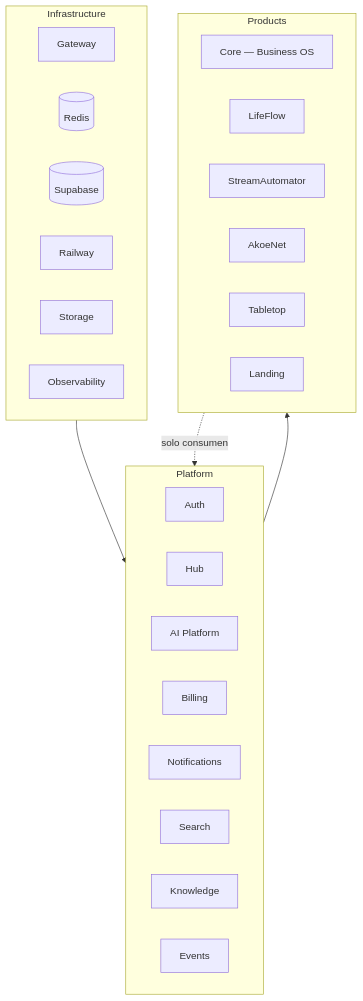
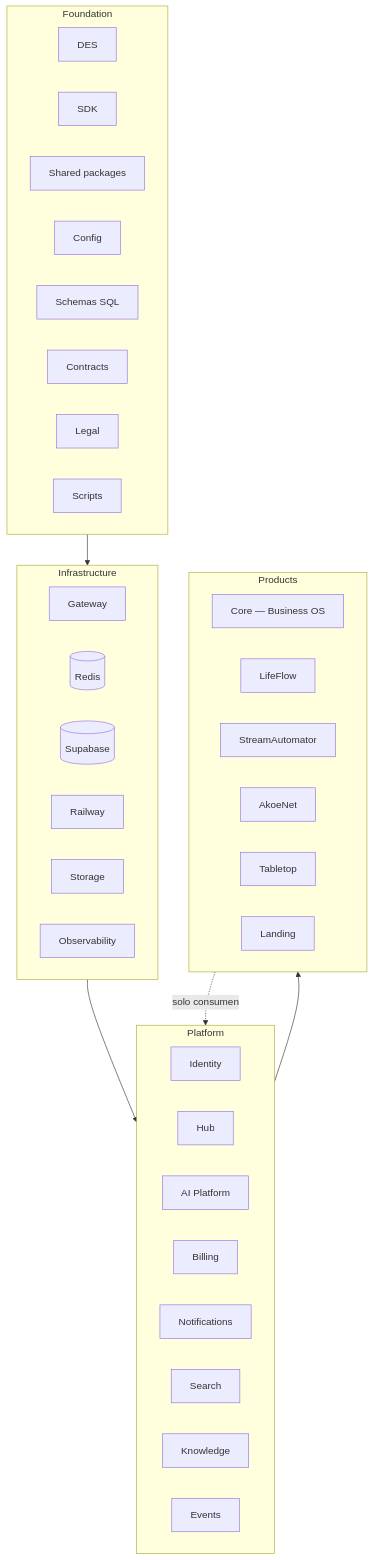
Before and after one commit to dakinissystems/dakinis-systems: the first of 2 diagrams in docs/PLATFORM-STATUS.md, drawn with Mermaid. The commit also changed other lines of this file and 10 other files, not shown here.

Commit message:
docs(platform): update platform status and architecture records

````diff
--- a/docs/PLATFORM-STATUS.md
+++ b/docs/PLATFORM-STATUS.md
@@ -40,35 +55,47 @@
 ```mermaid
 flowchart TB
+  subgraph foundation [Foundation]
+    DES[DES]
+    SDK[SDK]
+    SHARED[Shared packages]
+    CFG[Config]
+    SCH[Schemas SQL]
+    CTR[Contracts]
+    LEG[Legal]
+    SCR[Scripts]
+  end
+
   subgraph infra [Infrastructure]
     GW[Gateway]
     REDIS[(Redis)]
     SB[(Supabase)]
     RAIL[Railway]
     STOR[Storage]
     OBS[Observability]
   end
 
   subgraph platform [Platform]
-    AUTH[Auth]
+    ID[Identity]
     HUB[Hub]
     AI[AI Platform]
     BILL[Billing]
     NOTIF[Notifications]
     SRCH[Search]
     KNOW[Knowledge]
     EVT[Events]
   end
 
   subgraph products [Products]
     CORE[Core — Business OS]
     LF[LifeFlow]
     SA[StreamAutomator]
     AN[AkoeNet]
     TT[Tabletop]
     LAND[Landing]
   end
 
+  foundation --> infra
   infra --> platform
   platform --> products
   products -.->|solo consumen| platform
 ```
````
